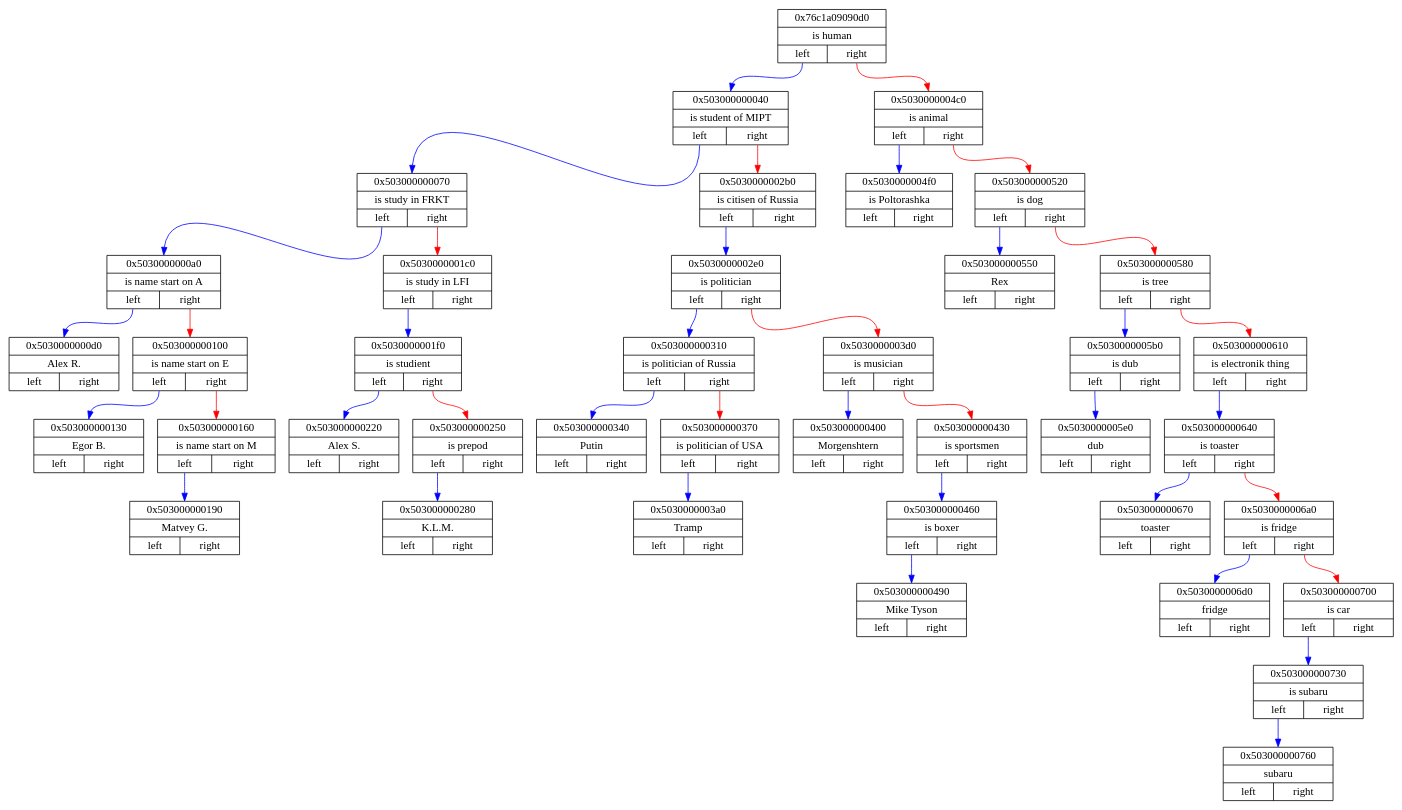
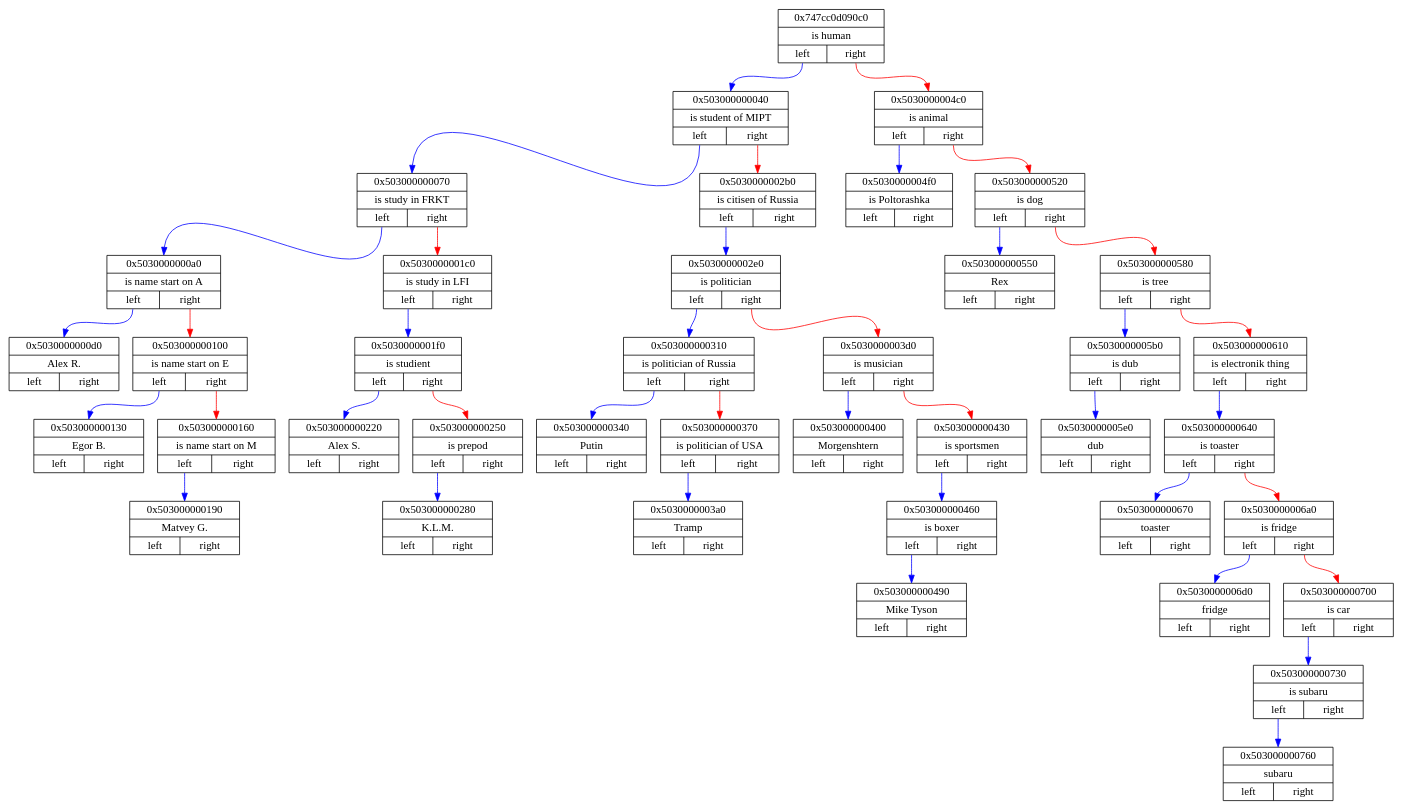
The diagram in tree.dot (Matvey787/myAkinator), drawn with Graphviz before and after one commit. The commit also changed 19 other files, not shown here.

```diff
--- a/tree.dot
+++ b/tree.dot
@@ -1,84 +1,84 @@
 digraph
 { 
 rankdir=HR;
 
-node0x76c1a09090d0 [ shape=record, rank = 1, label= "{ 0x76c1a09090d0 | is human | {<n0x76c1a09090d0_l> left | <n0x76c1a09090d0_r> right}} " ];
+node0x747cc0d090c0 [ shape=record, rank = 1, label= "{ 0x747cc0d090c0 | is human | {<n0x747cc0d090c0_l> left | <n0x747cc0d090c0_r> right}} " ];
 node0x503000000040 [ shape=record, rank = 2, label= "{ 0x503000000040 | is student of MIPT | {<n0x503000000040_l> left | <n0x503000000040_r> right}} " ];
 node0x503000000070 [ shape=record, rank = 3, label= "{ 0x503000000070 | is study in FRKT | {<n0x503000000070_l> left | <n0x503000000070_r> right}} " ];
 node0x5030000000a0 [ shape=record, rank = 4, label= "{ 0x5030000000a0 | is name start on A | {<n0x5030000000a0_l> left | <n0x5030000000a0_r> right}} " ];
 node0x5030000000d0 [ shape=record, rank = 5, label= "{ 0x5030000000d0 | Alex R. | {<n0x5030000000d0_l> left | <n0x5030000000d0_r> right}} " ];
 node0x5030000000a0:<n0x5030000000a0_l>:s -> node0x5030000000d0:n [ color = blue; ]
 node0x503000000100 [ shape=record, rank = 6, label= "{ 0x503000000100 | is name start on E | {<n0x503000000100_l> left | <n0x503000000100_r> right}} " ];
 node0x503000000130 [ shape=record, rank = 7, label= "{ 0x503000000130 | Egor B. | {<n0x503000000130_l> left | <n0x503000000130_r> right}} " ];
 node0x503000000100:<n0x503000000100_l>:s -> node0x503000000130:n [ color = blue; ]
 node0x503000000160 [ shape=record, rank = 8, label= "{ 0x503000000160 | is name start on M | {<n0x503000000160_l> left | <n0x503000000160_r> right}} " ];
 node0x503000000190 [ shape=record, rank = 9, label= "{ 0x503000000190 | Matvey G. | {<n0x503000000190_l> left | <n0x503000000190_r> right}} " ];
 node0x503000000160:<n0x503000000160_l>:s -> node0x503000000190:n [ color = blue; ]
 node0x503000000100:<n0x503000000100_r>:s -> node0x503000000160:n [ color = red; ]
 node0x5030000000a0:<n0x5030000000a0_r>:s -> node0x503000000100:n [ color = red; ]
 node0x503000000070:<n0x503000000070_l>:s -> node0x5030000000a0:n [ color = blue; ]
 node0x5030000001c0 [ shape=record, rank = 5, label= "{ 0x5030000001c0 | is study in LFI | {<n0x5030000001c0_l> left | <n0x5030000001c0_r> right}} " ];
 node0x5030000001f0 [ shape=record, rank = 6, label= "{ 0x5030000001f0 | is studient | {<n0x5030000001f0_l> left | <n0x5030000001f0_r> right}} " ];
 node0x503000000220 [ shape=record, rank = 7, label= "{ 0x503000000220 | Alex S. | {<n0x503000000220_l> left | <n0x503000000220_r> right}} " ];
 node0x5030000001f0:<n0x5030000001f0_l>:s -> node0x503000000220:n [ color = blue; ]
 node0x503000000250 [ shape=record, rank = 8, label= "{ 0x503000000250 | is prepod | {<n0x503000000250_l> left | <n0x503000000250_r> right}} " ];
 node0x503000000280 [ shape=record, rank = 9, label= "{ 0x503000000280 | K.L.M. | {<n0x503000000280_l> left | <n0x503000000280_r> right}} " ];
 node0x503000000250:<n0x503000000250_l>:s -> node0x503000000280:n [ color = blue; ]
 node0x5030000001f0:<n0x5030000001f0_r>:s -> node0x503000000250:n [ color = red; ]
 node0x5030000001c0:<n0x5030000001c0_l>:s -> node0x5030000001f0:n [ color = blue; ]
 node0x503000000070:<n0x503000000070_r>:s -> node0x5030000001c0:n [ color = red; ]
 node0x503000000040:<n0x503000000040_l>:s -> node0x503000000070:n [ color = blue; ]
 node0x5030000002b0 [ shape=record, rank = 4, label= "{ 0x5030000002b0 | is citisen of Russia | {<n0x5030000002b0_l> left | <n0x5030000002b0_r> right}} " ];
 node0x5030000002e0 [ shape=record, rank = 5, label= "{ 0x5030000002e0 | is politician | {<n0x5030000002e0_l> left | <n0x5030000002e0_r> right}} " ];
 node0x503000000310 [ shape=record, rank = 6, label= "{ 0x503000000310 | is politician of Russia | {<n0x503000000310_l> left | <n0x503000000310_r> right}} " ];
 node0x503000000340 [ shape=record, rank = 7, label= "{ 0x503000000340 | Putin | {<n0x503000000340_l> left | <n0x503000000340_r> right}} " ];
 node0x503000000310:<n0x503000000310_l>:s -> node0x503000000340:n [ color = blue; ]
 node0x503000000370 [ shape=record, rank = 8, label= "{ 0x503000000370 | is politician of USA | {<n0x503000000370_l> left | <n0x503000000370_r> right}} " ];
 node0x5030000003a0 [ shape=record, rank = 9, label= "{ 0x5030000003a0 | Tramp | {<n0x5030000003a0_l> left | <n0x5030000003a0_r> right}} " ];
 node0x503000000370:<n0x503000000370_l>:s -> node0x5030000003a0:n [ color = blue; ]
 node0x503000000310:<n0x503000000310_r>:s -> node0x503000000370:n [ color = red; ]
 node0x5030000002e0:<n0x5030000002e0_l>:s -> node0x503000000310:n [ color = blue; ]
 node0x5030000003d0 [ shape=record, rank = 7, label= "{ 0x5030000003d0 | is musician | {<n0x5030000003d0_l> left | <n0x5030000003d0_r> right}} " ];
 node0x503000000400 [ shape=record, rank = 8, label= "{ 0x503000000400 | Morgenshtern | {<n0x503000000400_l> left | <n0x503000000400_r> right}} " ];
 node0x5030000003d0:<n0x5030000003d0_l>:s -> node0x503000000400:n [ color = blue; ]
 node0x503000000430 [ shape=record, rank = 9, label= "{ 0x503000000430 | is sportsmen | {<n0x503000000430_l> left | <n0x503000000430_r> right}} " ];
 node0x503000000460 [ shape=record, rank = 10, label= "{ 0x503000000460 | is boxer | {<n0x503000000460_l> left | <n0x503000000460_r> right}} " ];
 node0x503000000490 [ shape=record, rank = 11, label= "{ 0x503000000490 | Mike Tyson | {<n0x503000000490_l> left | <n0x503000000490_r> right}} " ];
 node0x503000000460:<n0x503000000460_l>:s -> node0x503000000490:n [ color = blue; ]
 node0x503000000430:<n0x503000000430_l>:s -> node0x503000000460:n [ color = blue; ]
 node0x5030000003d0:<n0x5030000003d0_r>:s -> node0x503000000430:n [ color = red; ]
 node0x5030000002e0:<n0x5030000002e0_r>:s -> node0x5030000003d0:n [ color = red; ]
 node0x5030000002b0:<n0x5030000002b0_l>:s -> node0x5030000002e0:n [ color = blue; ]
 node0x503000000040:<n0x503000000040_r>:s -> node0x5030000002b0:n [ color = red; ]
-node0x76c1a09090d0:<n0x76c1a09090d0_l>:s -> node0x503000000040:n [ color = blue; ]
+node0x747cc0d090c0:<n0x747cc0d090c0_l>:s -> node0x503000000040:n [ color = blue; ]
 node0x5030000004c0 [ shape=record, rank = 3, label= "{ 0x5030000004c0 | is animal | {<n0x5030000004c0_l> left | <n0x5030000004c0_r> right}} " ];
 node0x5030000004f0 [ shape=record, rank = 4, label= "{ 0x5030000004f0 | is Poltorashka | {<n0x5030000004f0_l> left | <n0x5030000004f0_r> right}} " ];
 node0x5030000004c0:<n0x5030000004c0_l>:s -> node0x5030000004f0:n [ color = blue; ]
 node0x503000000520 [ shape=record, rank = 5, label= "{ 0x503000000520 | is dog | {<n0x503000000520_l> left | <n0x503000000520_r> right}} " ];
 node0x503000000550 [ shape=record, rank = 6, label= "{ 0x503000000550 | Rex | {<n0x503000000550_l> left | <n0x503000000550_r> right}} " ];
 node0x503000000520:<n0x503000000520_l>:s -> node0x503000000550:n [ color = blue; ]
 node0x503000000580 [ shape=record, rank = 7, label= "{ 0x503000000580 | is tree | {<n0x503000000580_l> left | <n0x503000000580_r> right}} " ];
 node0x5030000005b0 [ shape=record, rank = 8, label= "{ 0x5030000005b0 | is dub | {<n0x5030000005b0_l> left | <n0x5030000005b0_r> right}} " ];
 node0x5030000005e0 [ shape=record, rank = 9, label= "{ 0x5030000005e0 | dub | {<n0x5030000005e0_l> left | <n0x5030000005e0_r> right}} " ];
 node0x5030000005b0:<n0x5030000005b0_l>:s -> node0x5030000005e0:n [ color = blue; ]
 node0x503000000580:<n0x503000000580_l>:s -> node0x5030000005b0:n [ color = blue; ]
 node0x503000000610 [ shape=record, rank = 9, label= "{ 0x503000000610 | is electronik thing | {<n0x503000000610_l> left | <n0x503000000610_r> right}} " ];
 node0x503000000640 [ shape=record, rank = 10, label= "{ 0x503000000640 | is toaster | {<n0x503000000640_l> left | <n0x503000000640_r> right}} " ];
 node0x503000000670 [ shape=record, rank = 11, label= "{ 0x503000000670 | toaster | {<n0x503000000670_l> left | <n0x503000000670_r> right}} " ];
 node0x503000000640:<n0x503000000640_l>:s -> node0x503000000670:n [ color = blue; ]
 node0x5030000006a0 [ shape=record, rank = 12, label= "{ 0x5030000006a0 | is fridge | {<n0x5030000006a0_l> left | <n0x5030000006a0_r> right}} " ];
 node0x5030000006d0 [ shape=record, rank = 13, label= "{ 0x5030000006d0 | fridge | {<n0x5030000006d0_l> left | <n0x5030000006d0_r> right}} " ];
 node0x5030000006a0:<n0x5030000006a0_l>:s -> node0x5030000006d0:n [ color = blue; ]
 node0x503000000700 [ shape=record, rank = 14, label= "{ 0x503000000700 | is car | {<n0x503000000700_l> left | <n0x503000000700_r> right}} " ];
 node0x503000000730 [ shape=record, rank = 15, label= "{ 0x503000000730 | is subaru | {<n0x503000000730_l> left | <n0x503000000730_r> right}} " ];
 node0x503000000760 [ shape=record, rank = 16, label= "{ 0x503000000760 | subaru | {<n0x503000000760_l> left | <n0x503000000760_r> right}} " ];
 node0x503000000730:<n0x503000000730_l>:s -> node0x503000000760:n [ color = blue; ]
 node0x503000000700:<n0x503000000700_l>:s -> node0x503000000730:n [ color = blue; ]
 node0x5030000006a0:<n0x5030000006a0_r>:s -> node0x503000000700:n [ color = red; ]
 node0x503000000640:<n0x503000000640_r>:s -> node0x5030000006a0:n [ color = red; ]
 node0x503000000610:<n0x503000000610_l>:s -> node0x503000000640:n [ color = blue; ]
 node0x503000000580:<n0x503000000580_r>:s -> node0x503000000610:n [ color = red; ]
 node0x503000000520:<n0x503000000520_r>:s -> node0x503000000580:n [ color = red; ]
 node0x5030000004c0:<n0x5030000004c0_r>:s -> node0x503000000520:n [ color = red; ]
-node0x76c1a09090d0:<n0x76c1a09090d0_r>:s -> node0x5030000004c0:n [ color = red; ]
+node0x747cc0d090c0:<n0x747cc0d090c0_r>:s -> node0x5030000004c0:n [ color = red; ]
 }
```
